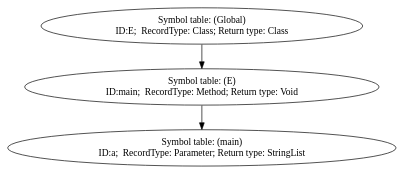
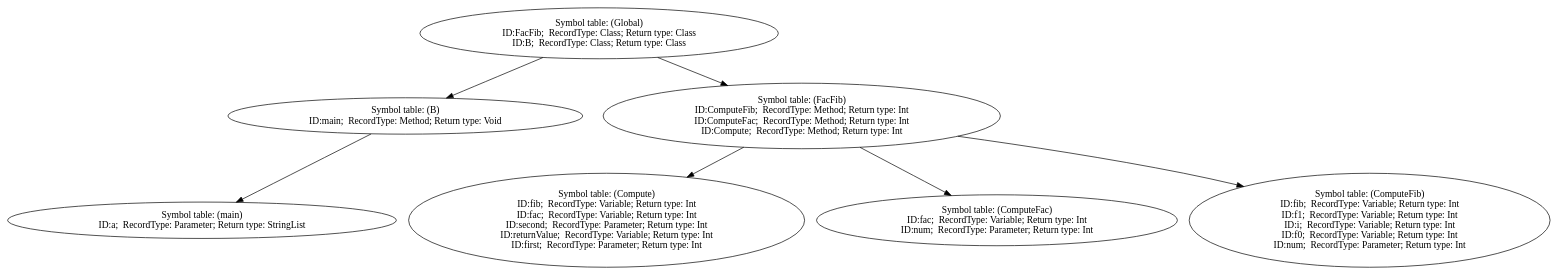
One commit to MorrisSimons/SCH_DV1655_kompilator changed the diagram in symbol_tree.dot. Above: the diagram before and after it, drawn with Graphviz. The commit also changed 57 other files, not shown here.

```diff
--- a/symbol_tree.dot
+++ b/symbol_tree.dot
@@ -1,7 +1,15 @@
 digraph {
-n0 [label="Symbol table: (Global)\nID:E;  RecordType: Class; Return type: Class\n"];
-n1 [label="Symbol table: (E)\nID:main;  RecordType: Method; Return type: Void\n"];
+n0 [label="Symbol table: (Global)\nID:FacFib;  RecordType: Class; Return type: Class\nID:B;  RecordType: Class; Return type: Class\n"];
+n1 [label="Symbol table: (B)\nID:main;  RecordType: Method; Return type: Void\n"];
 n2 [label="Symbol table: (main)\nID:a;  RecordType: Parameter; Return type: StringList\n"];
 n1 -> n2
 n0 -> n1
+n3 [label="Symbol table: (FacFib)\nID:ComputeFib;  RecordType: Method; Return type: Int\nID:ComputeFac;  RecordType: Method; Return type: Int\nID:Compute;  RecordType: Method; Return type: Int\n"];
+n4 [label="Symbol table: (Compute)\nID:fib;  RecordType: Variable; Return type: Int\nID:fac;  RecordType: Variable; Return type: Int\nID:second;  RecordType: Parameter; Return type: Int\nID:returnValue;  RecordType: Variable; Return type: Int\nID:first;  RecordType: Parameter; Return type: Int\n"];
+n3 -> n4
+n5 [label="Symbol table: (ComputeFac)\nID:fac;  RecordType: Variable; Return type: Int\nID:num;  RecordType: Parameter; Return type: Int\n"];
+n3 -> n5
+n6 [label="Symbol table: (ComputeFib)\nID:fib;  RecordType: Variable; Return type: Int\nID:f1;  RecordType: Variable; Return type: Int\nID:i;  RecordType: Variable; Return type: Int\nID:f0;  RecordType: Variable; Return type: Int\nID:num;  RecordType: Parameter; Return type: Int\n"];
+n3 -> n6
+n0 -> n3
 }
```
